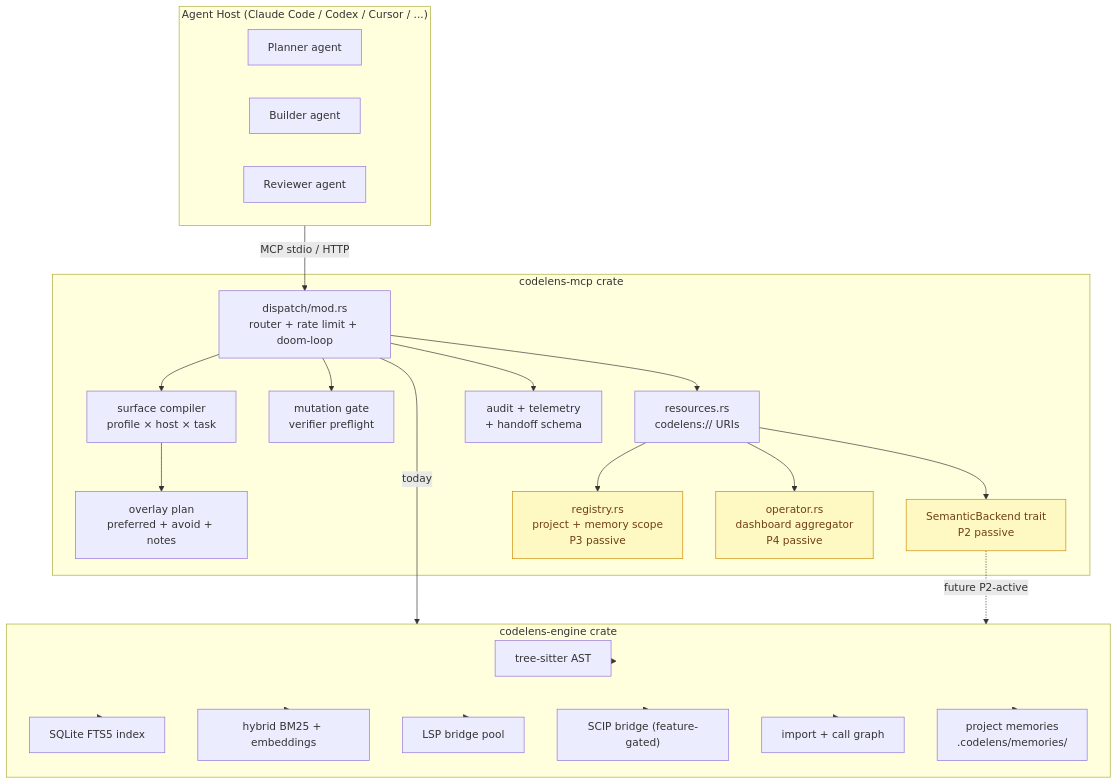
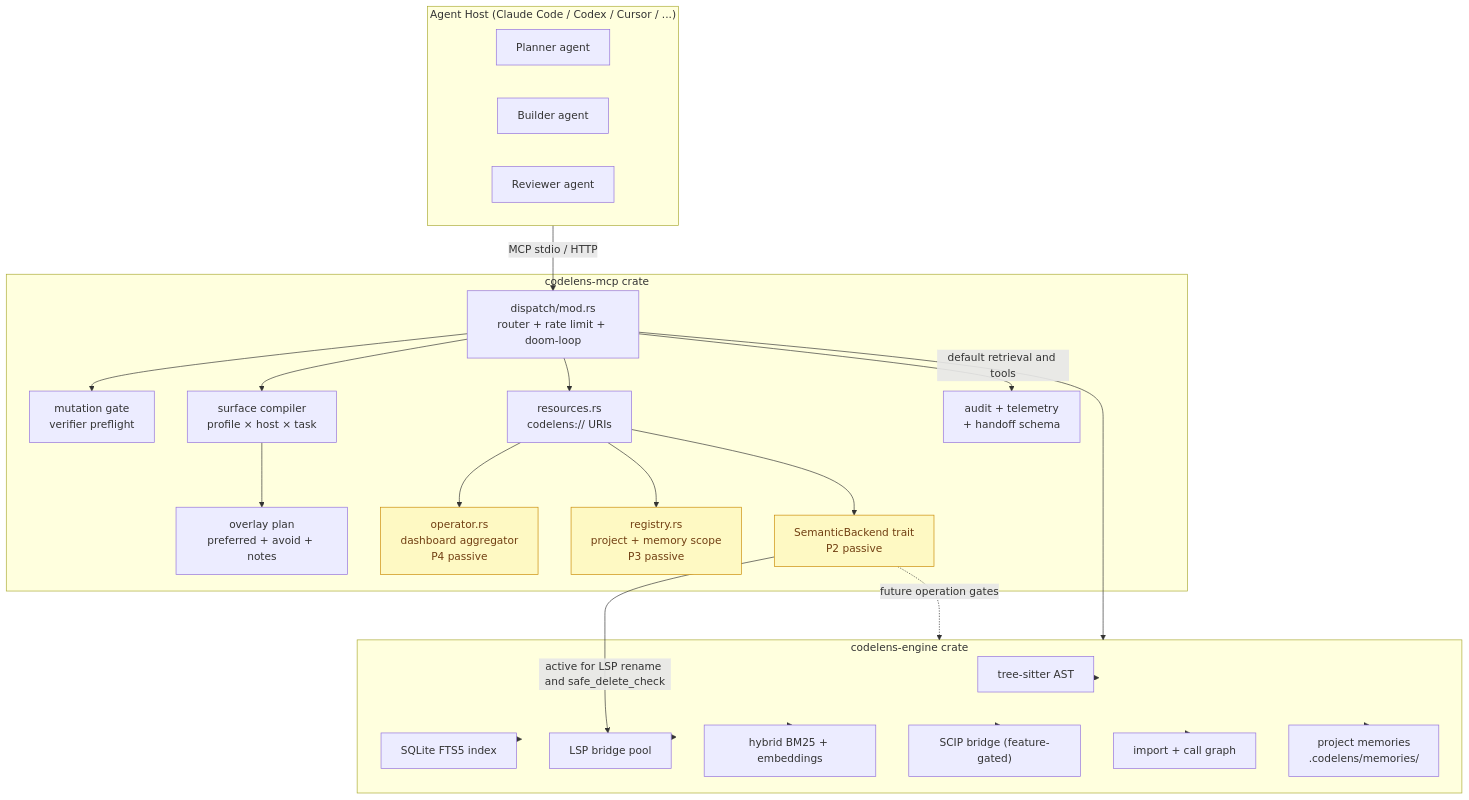
The diagram in docs/architecture-synthesis-2026-04-19.md (mupozg823/codelens-mcp-plugin), drawn with Mermaid before and after one commit. The commit also changed other lines of this file and 8 other files, not shown here.

Commit message:
docs: refresh product readiness roadmap

````diff
--- a/docs/architecture-synthesis-2026-04-19.md
+++ b/docs/architecture-synthesis-2026-04-19.md
@@ -225,54 +239,55 @@
 ```mermaid
 graph TB
   subgraph Host["Agent Host (Claude Code / Codex / Cursor / ...)"]
     Planner[Planner agent]
     Builder[Builder agent]
     Reviewer[Reviewer agent]
   end
 
   subgraph MCP["codelens-mcp crate"]
     Dispatch[dispatch/mod.rs<br/>router + rate limit + doom-loop]
     Surface[surface compiler<br/>profile × host × task]
     Overlay[overlay plan<br/>preferred + avoid + notes]
     Mutation[mutation gate<br/>verifier preflight]
     Resources[resources.rs<br/>codelens:// URIs]
     Audit[audit + telemetry<br/>+ handoff schema]
     Backend[SemanticBackend trait<br/>P2 passive]
     Registry[registry.rs<br/>project + memory scope<br/>P3 passive]
     Operator[operator.rs<br/>dashboard aggregator<br/>P4 passive]
   end
 
   subgraph Engine["codelens-engine crate"]
     TS[tree-sitter AST]
     FTS[SQLite FTS5 index]
     Embed[hybrid BM25 + embeddings]
     LSP[LSP bridge pool]
     SCIP["SCIP bridge (feature-gated)"]
     Graph[import + call graph]
     Memory[project memories<br/>.codelens/memories/]
   end
 
   Host -->|MCP stdio / HTTP| Dispatch
   Dispatch --> Mutation
   Dispatch --> Surface
   Surface --> Overlay
   Dispatch --> Resources
   Resources --> Operator
   Resources --> Registry
   Resources --> Backend
   Dispatch --> Audit
 
-  Dispatch -->|today| Engine
-  Backend -.->|future P2-active| Engine
+  Dispatch -->|default retrieval and tools| Engine
+  Backend -->|active for LSP rename and safe_delete_check| LSP
+  Backend -.->|future operation gates| Engine
 
   Engine --> TS
   Engine --> FTS
   Engine --> Embed
   Engine --> LSP
   Engine --> SCIP
   Engine --> Graph
   Engine --> Memory
 
   classDef pending fill:#fef9c3,stroke:#ca8a04,color:#713f12;
   class Backend,Registry,Operator pending;
 ```
````
